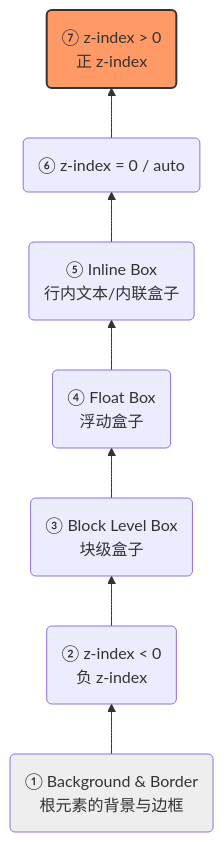
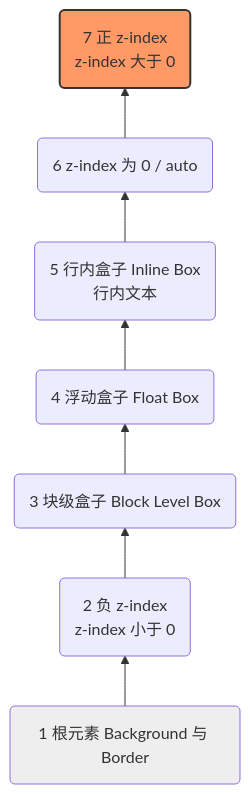
The second of 3 diagrams in 01-HTML-CSS/01-底层渲染与机制/深入理解浏览器渲染机制与CSS底层模型.md (mengzhu-mmc/web-notes), drawn with Mermaid before and after one commit.

Commit message:
fix(mermaid): 修复七阶层叠顺序图在 Obsidian 报 Unsupported markdown: list
去掉节点标签的双引号(会触发 mermaid v10+ 的 markdown-string 解析导致 list token)
并移除 & / &lt; / &gt; 等需转义字符,改用纯文本标签

````diff
--- a/01-HTML-CSS/01-底层渲染与机制/深入理解浏览器渲染机制与CSS底层模型.md
+++ b/01-HTML-CSS/01-底层渲染与机制/深入理解浏览器渲染机制与CSS底层模型.md
@@ -126,12 +126,12 @@
 ```mermaid
 graph BT
-    A("① Background & Border<br>根元素的背景与边框") --> B("② z-index &lt; 0<br>负 z-index")
-    B --> C("③ Block Level Box<br>块级盒子")
-    C --> D("④ Float Box<br>浮动盒子")
-    D --> E("⑤ Inline Box<br>行内文本/内联盒子")
-    E --> F("⑥ z-index = 0 / auto")
-    F --> G("⑦ z-index &gt; 0<br>正 z-index")
+    A(1 根元素 Background 与 Border) --> B(2 负 z-index<br>z-index 小于 0)
+    B --> C(3 块级盒子 Block Level Box)
+    C --> D(4 浮动盒子 Float Box)
+    D --> E(5 行内盒子 Inline Box<br>行内文本)
+    E --> F(6 z-index 为 0 / auto)
+    F --> G(7 正 z-index<br>z-index 大于 0)
 
     style A fill:#eee
     style G fill:#f96,stroke:#333,stroke-width:2px
 ```
````
